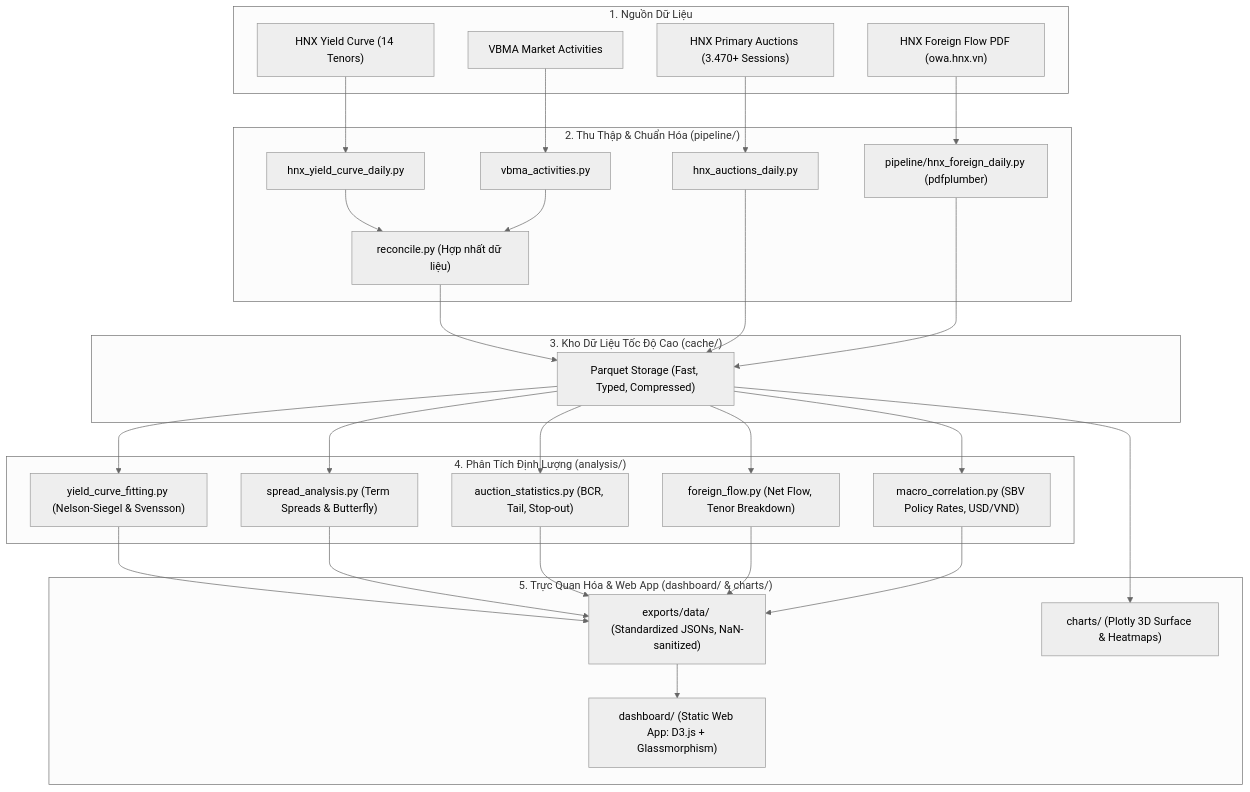
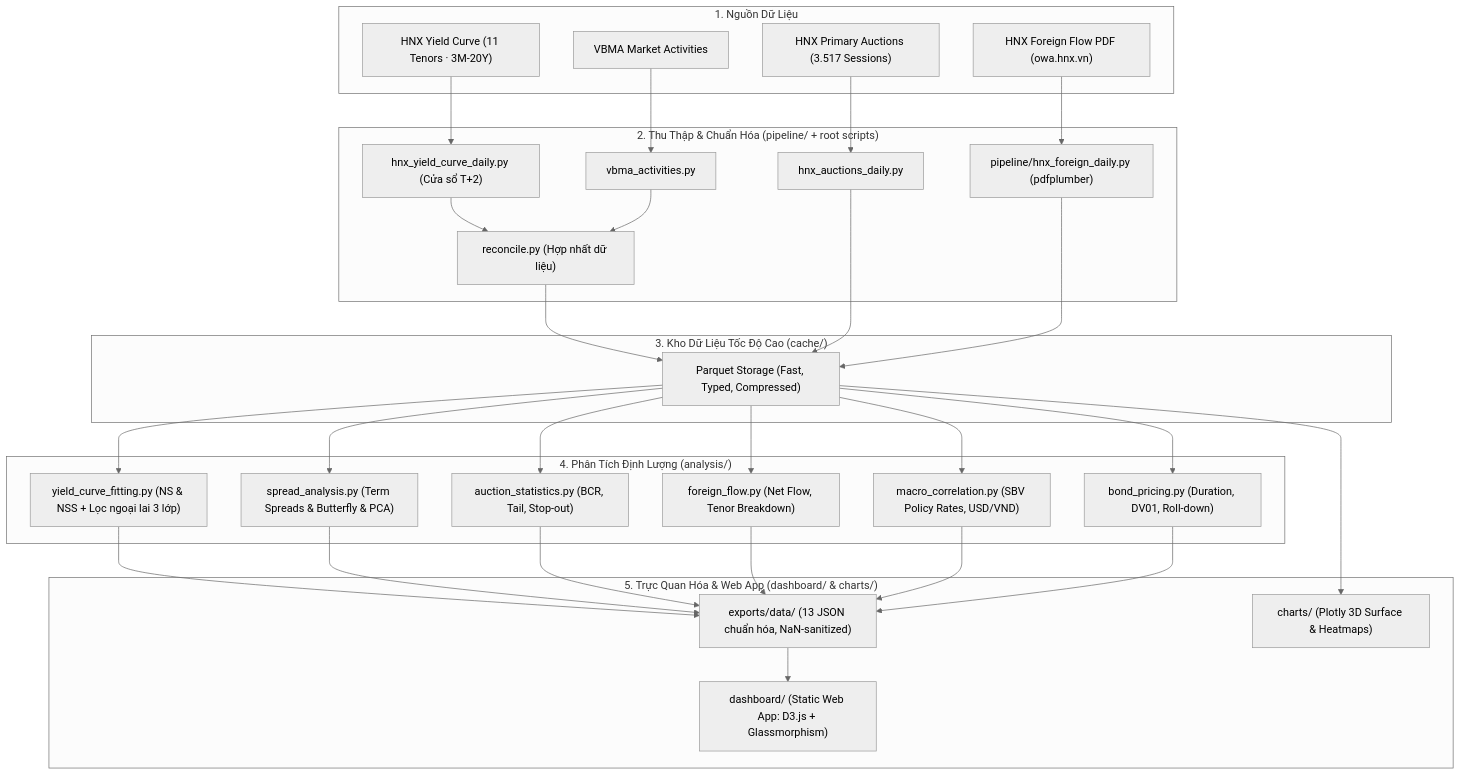
The diagram in README.md (FTU-kudo/VN_Bond_Yield_pipeline), drawn with Mermaid (neutral theme) before and after one commit. The commit also changed other lines of this file, not shown here.

````diff
--- a/README.md
+++ b/README.md
@@ -42,48 +75,49 @@
 ```mermaid
 flowchart TD
     subgraph Data_Sources ["1. Nguồn Dữ Liệu"]
-        HNX_Y["HNX Yield Curve (14 Tenors)"]
-        HNX_A["HNX Primary Auctions (3.470+ Sessions)"]
+        HNX_Y["HNX Yield Curve (11 Tenors · 3M-20Y)"]
+        HNX_A["HNX Primary Auctions (3.517 Sessions)"]
         HNX_F["HNX Foreign Flow PDF (owa.hnx.vn)"]
         VBMA_A["VBMA Market Activities"]
     end
 
-    subgraph Pipeline ["2. Thu Thập & Chuẩn Hóa (pipeline/)"]
-        P_Y["hnx_yield_curve_daily.py"]
+    subgraph Pipeline ["2. Thu Thập & Chuẩn Hóa (pipeline/ + root scripts)"]
+        P_Y["hnx_yield_curve_daily.py (Cửa sổ T+2)"]
         P_A["hnx_auctions_daily.py"]
         P_F["pipeline/hnx_foreign_daily.py (pdfplumber)"]
         P_V["vbma_activities.py"]
         P_R["reconcile.py (Hợp nhất dữ liệu)"]
     end
 
     subgraph Data_Lake ["3. Kho Dữ Liệu Tốc Độ Cao (cache/)"]
         C_PAR["Parquet Storage (Fast, Typed, Compressed)"]
     end
 
     subgraph Quant_Engine ["4. Phân Tích Định Lượng (analysis/)"]
-        Q_NS["yield_curve_fitting.py (Nelson-Siegel & Svensson)"]
-        Q_SP["spread_analysis.py (Term Spreads & Butterfly)"]
+        Q_NS["yield_curve_fitting.py (NS & NSS + Lọc ngoại lai 3 lớp)"]
+        Q_SP["spread_analysis.py (Term Spreads & Butterfly & PCA)"]
         Q_AS["auction_statistics.py (BCR, Tail, Stop-out)"]
         Q_FF["foreign_flow.py (Net Flow, Tenor Breakdown)"]
+        Q_BP["bond_pricing.py (Duration, DV01, Roll-down)"]
         Q_MC["macro_correlation.py (SBV Policy Rates, USD/VND)"]
     end
 
     subgraph Export_View ["5. Trực Quan Hóa & Web App (dashboard/ & charts/)"]
-        EXP["exports/data/ (Standardized JSONs, NaN-sanitized)"]
+        EXP["exports/data/ (13 JSON chuẩn hóa, NaN-sanitized)"]
         WEB["dashboard/ (Static Web App: D3.js + Glassmorphism)"]
         PLOT["charts/ (Plotly 3D Surface & Heatmaps)"]
     end
 
     HNX_Y --> P_Y
     HNX_A --> P_A
     HNX_F --> P_F
     VBMA_A --> P_V
-    
+
     P_Y & P_V --> P_R
     P_R & P_A & P_F --> C_PAR
-    
-    C_PAR --> Q_NS & Q_SP & Q_AS & Q_FF & Q_MC
-    Q_NS & Q_SP & Q_AS & Q_FF & Q_MC --> EXP
+
+    C_PAR --> Q_NS & Q_SP & Q_AS & Q_FF & Q_MC & Q_BP
+    Q_NS & Q_SP & Q_AS & Q_FF & Q_MC & Q_BP --> EXP
     EXP --> WEB
     C_PAR --> PLOT
 ```
````
